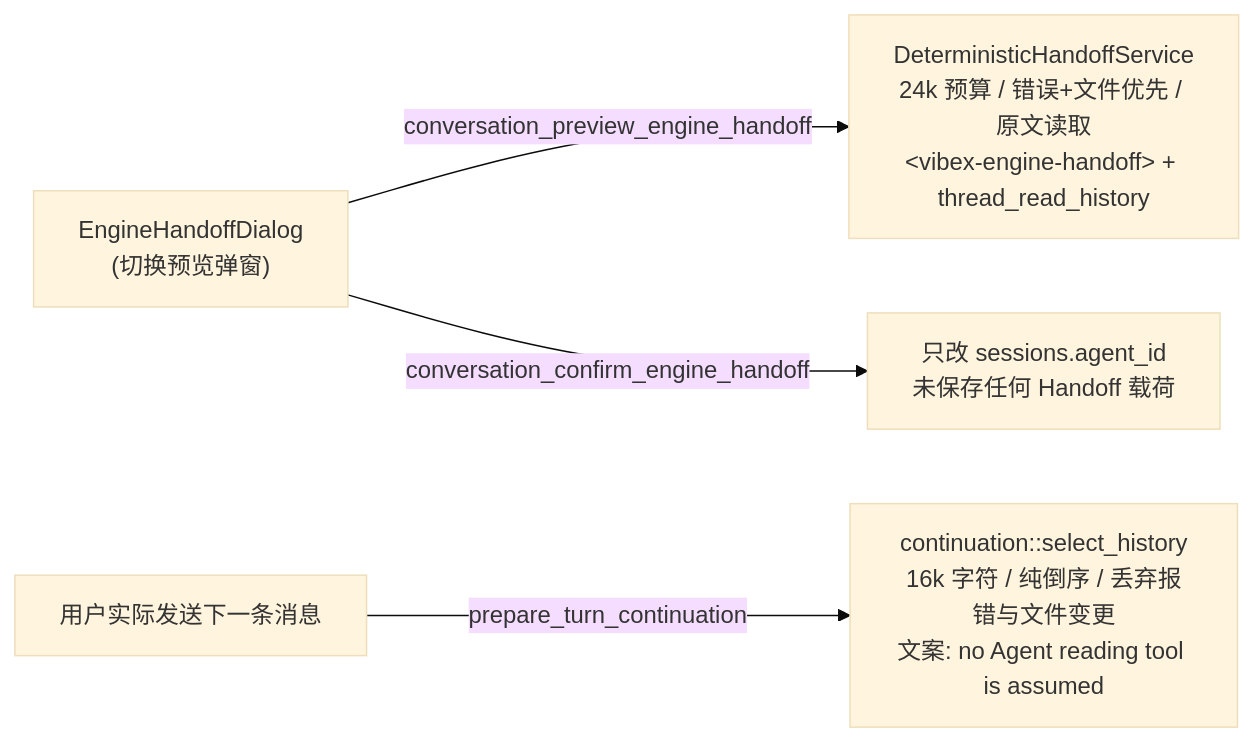
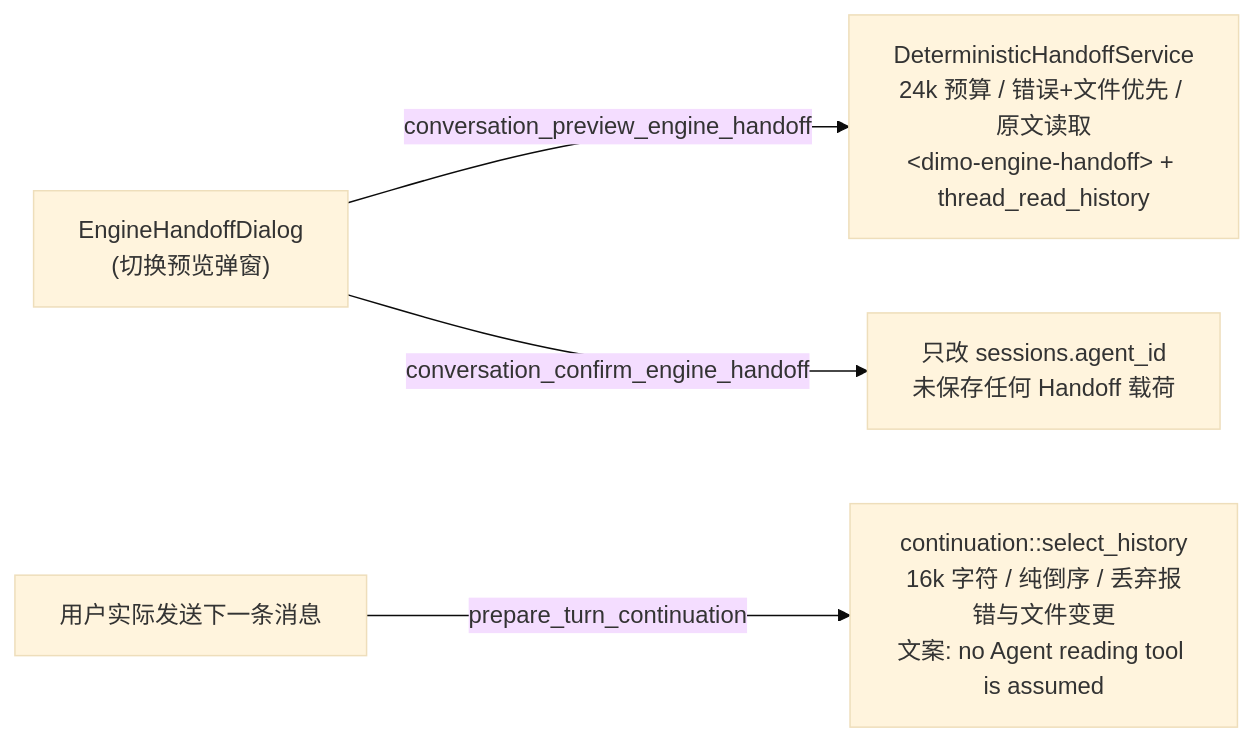
One commit to Xircth/VibeX changed the diagram in docs/plans/2026-11-15-handoff-audit-and-optimization.md. Above: the diagram before and after it, drawn with Mermaid (base theme). The commit also changed other lines of this file and 1478 other files, not shown here.

````diff
--- a/docs/plans/2026-11-15-handoff-audit-and-optimization.md
+++ b/docs/plans/2026-11-15-handoff-audit-and-optimization.md
@@ -37,6 +37,6 @@
 ```mermaid
 flowchart LR
-  UI["EngineHandoffDialog<br/>(切换预览弹窗)"] -->|"conversation_preview_engine_handoff"| Svc["DeterministicHandoffService<br/>24k 预算 / 错误+文件优先 / 原文读取<br/>&lt;vibex-engine-handoff&gt; + thread_read_history"]
+  UI["EngineHandoffDialog<br/>(切换预览弹窗)"] -->|"conversation_preview_engine_handoff"| Svc["DeterministicHandoffService<br/>24k 预算 / 错误+文件优先 / 原文读取<br/>&lt;dimo-engine-handoff&gt; + thread_read_history"]
   UI -->|"conversation_confirm_engine_handoff"| DB["只改 sessions.agent_id<br/>未保存任何 Handoff 载荷"]
   Send["用户实际发送下一条消息"] -->|"prepare_turn_continuation"| Old["continuation::select_history<br/>16k 字符 / 纯倒序 / 丢弃报错与文件变更<br/>文案: no Agent reading tool is assumed"]
 ```
````
